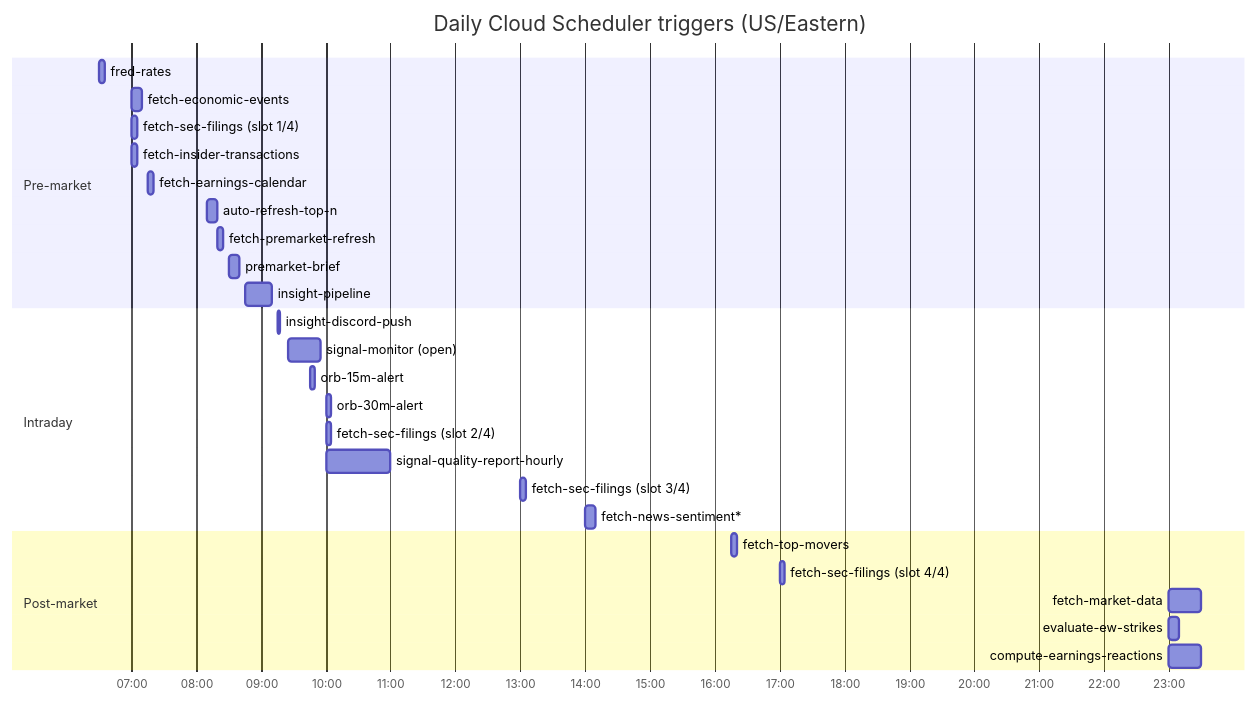
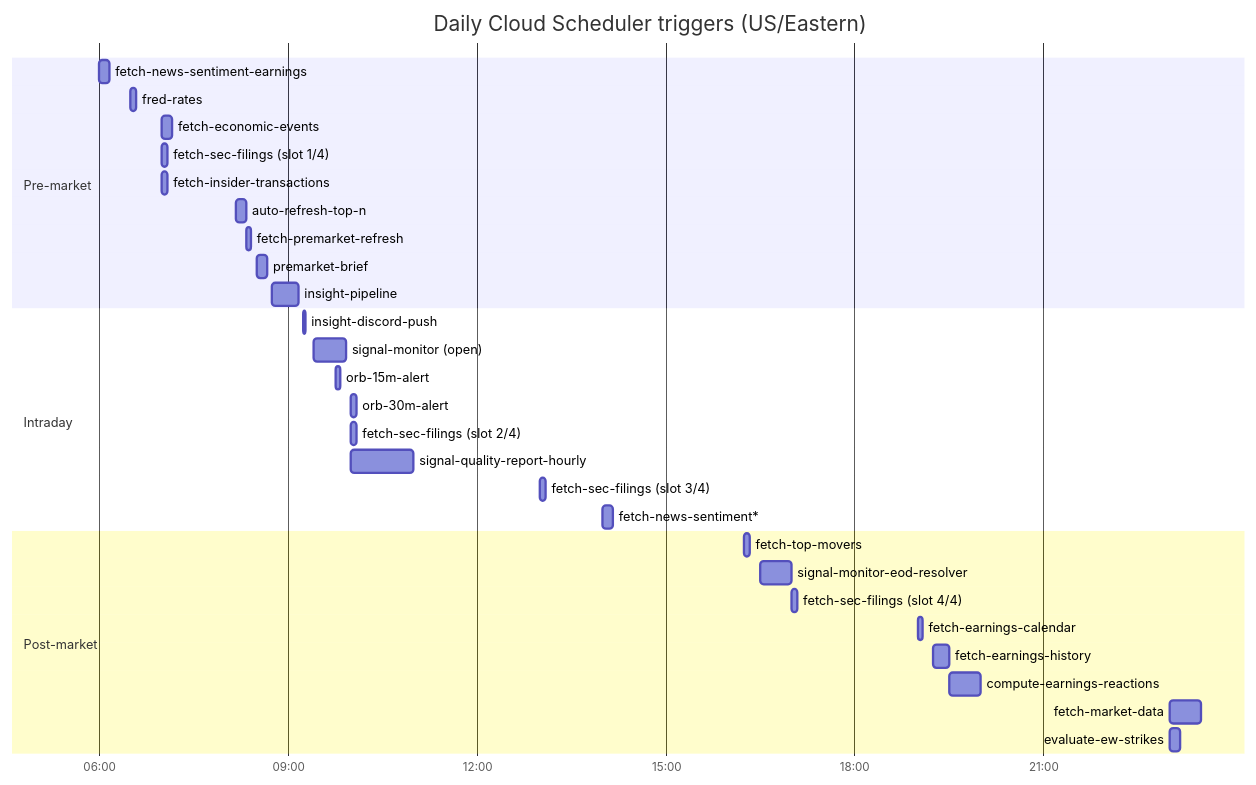
The fourth of 9 diagrams in docs/GCP_ARCHITECTURE.md (TeneikaAskew/stocks), drawn with Mermaid before and after one commit. The commit also changed other lines of this file, not shown here.

First line of the commit message:
docs: comprehensive staleness refresh of GCP_ARCHITECTURE.md

````diff
--- a/docs/GCP_ARCHITECTURE.md
+++ b/docs/GCP_ARCHITECTURE.md
@@ -377,34 +383,37 @@
 ```mermaid
 gantt
     title Daily Cloud Scheduler triggers (US/Eastern)
     dateFormat HH:mm
     axisFormat %H:%M
 
     section Pre-market
+    fetch-news-sentiment-earnings :a0, 06:00, 10m
     fred-rates                    :a1, 06:30, 5m
     fetch-economic-events         :a2, 07:00, 10m
     fetch-sec-filings (slot 1/4)  :a3, 07:00, 5m
     fetch-insider-transactions    :a4, 07:00, 5m
-    fetch-earnings-calendar       :a5, 07:15, 5m
     auto-refresh-top-n            :a6, 08:10, 10m
     fetch-premarket-refresh       :a7, 08:20, 5m
     premarket-brief               :a8, 08:30, 10m
     insight-pipeline              :a9, 08:45, 25m
 
     section Intraday
     insight-discord-push          :b1, 09:15, 2m
     signal-monitor (open)         :b2, 09:25, 30m
     orb-15m-alert                 :b3, 09:45, 5m
     orb-30m-alert                 :b4, 10:00, 5m
     fetch-sec-filings (slot 2/4)  :b5, 10:00, 5m
     signal-quality-report-hourly  :b6, 10:00, 60m
     fetch-sec-filings (slot 3/4)  :b7, 13:00, 5m
     fetch-news-sentiment*         :b8, 14:00, 10m
 
     section Post-market
     fetch-top-movers              :c1, 16:15, 5m
-    fetch-sec-filings (slot 4/4)  :c2, 17:00, 5m
-    fetch-market-data             :c3, 23:00, 30m
-    evaluate-ew-strikes           :c4, 23:00, 10m
-    compute-earnings-reactions    :c5, 23:00, 30m
+    signal-monitor-eod-resolver   :c2, 16:30, 30m
+    fetch-sec-filings (slot 4/4)  :c3, 17:00, 5m
+    fetch-earnings-calendar       :c4, 19:00, 5m
+    fetch-earnings-history        :c5, 19:15, 15m
+    compute-earnings-reactions    :c6, 19:30, 30m
+    fetch-market-data             :c7, 23:00, 30m
+    evaluate-ew-strikes           :c8, 23:00, 10m
 ```
````
